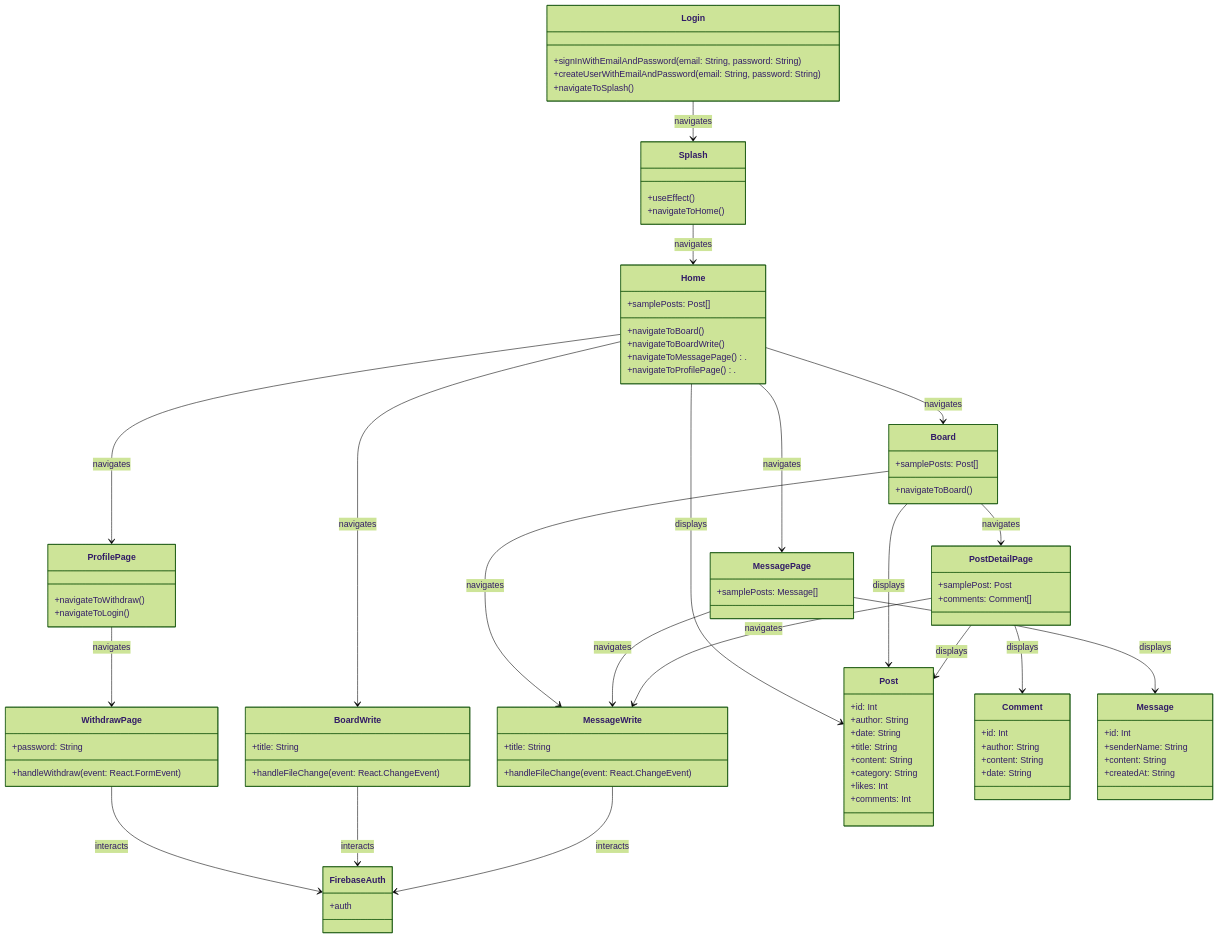
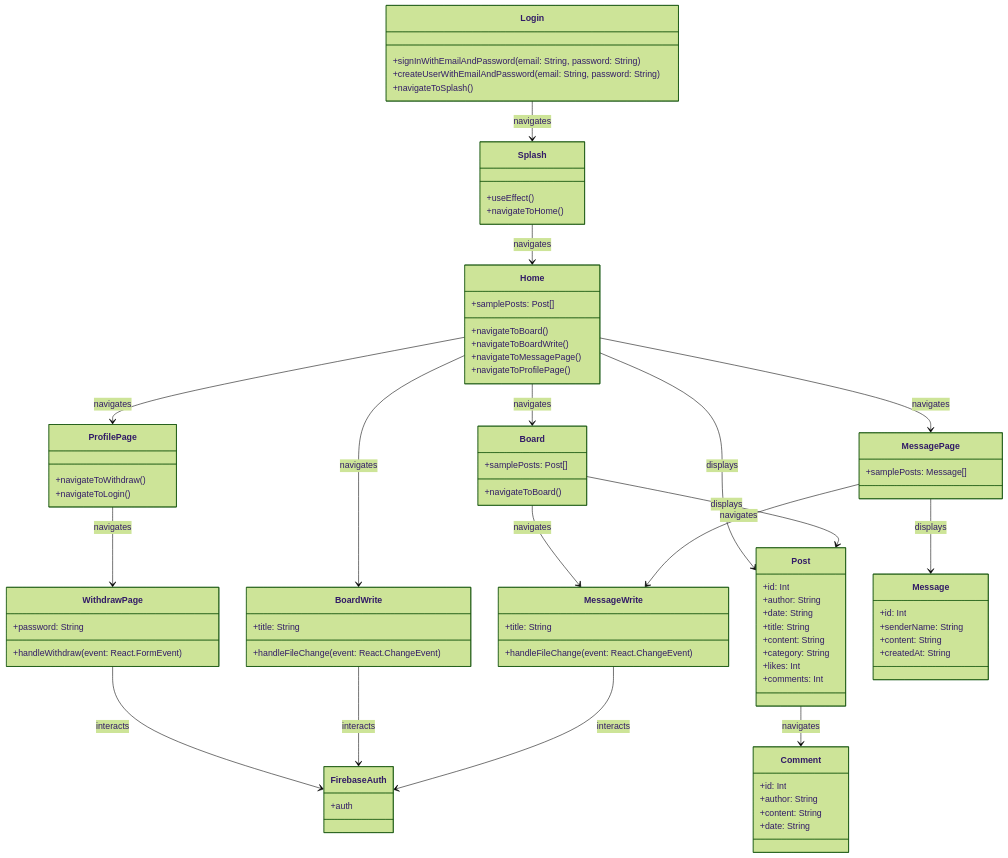
One commit to Playinc-React-NodeJS-etc/Eoullim changed the diagram in README.md. Above: the diagram before and after it, drawn with Mermaid (forest theme).

````diff
--- a/README.md
+++ b/README.md
@@ -4,8 +4,8 @@
         +samplePosts: Post[]
         +navigateToBoard()
         +navigateToBoardWrite()
-        +navigateToMessagePage().
-        +navigateToProfilePage().
+        +navigateToMessagePage()
+        +navigateToProfilePage()
     }
 
     class Board {
@@ -16,11 +16,6 @@
     class BoardWrite {
         +title: String
         +handleFileChange(event: React.ChangeEvent<HTMLInputElement>)
-    }
-
-    class PostDetailPage {
-        +samplePost: Post
-        +comments: Comment[]
     }
 
     class ProfilePage {
@@ -89,17 +84,14 @@
     Home --> BoardWrite : navigates
     Home --> MessagePage : navigates
     Home --> ProfilePage : navigates
-    Board --> PostDetailPage : navigates
     Board --> MessageWrite : navigates
     MessagePage --> MessageWrite : navigates
-    PostDetailPage --> MessageWrite : navigates
     ProfilePage --> WithdrawPage : navigates
     WithdrawPage --> FirebaseAuth : interacts
     BoardWrite --> FirebaseAuth : interacts
     MessageWrite --> FirebaseAuth : interacts
     Home --> Post : displays
     Board --> Post : displays
-    PostDetailPage --> Post : displays
+    Post --> Comment : navigates
     MessagePage --> Message : displays
-    PostDetailPage --> Comment : displays
 ```
````
